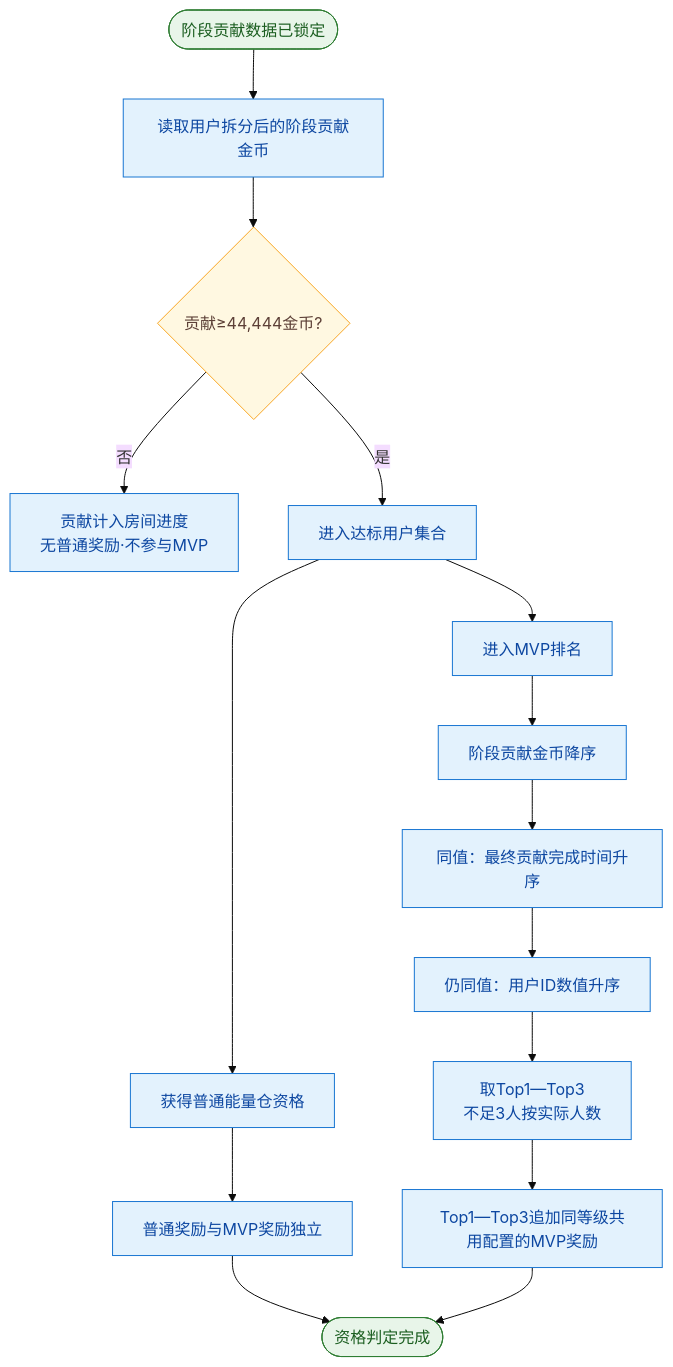
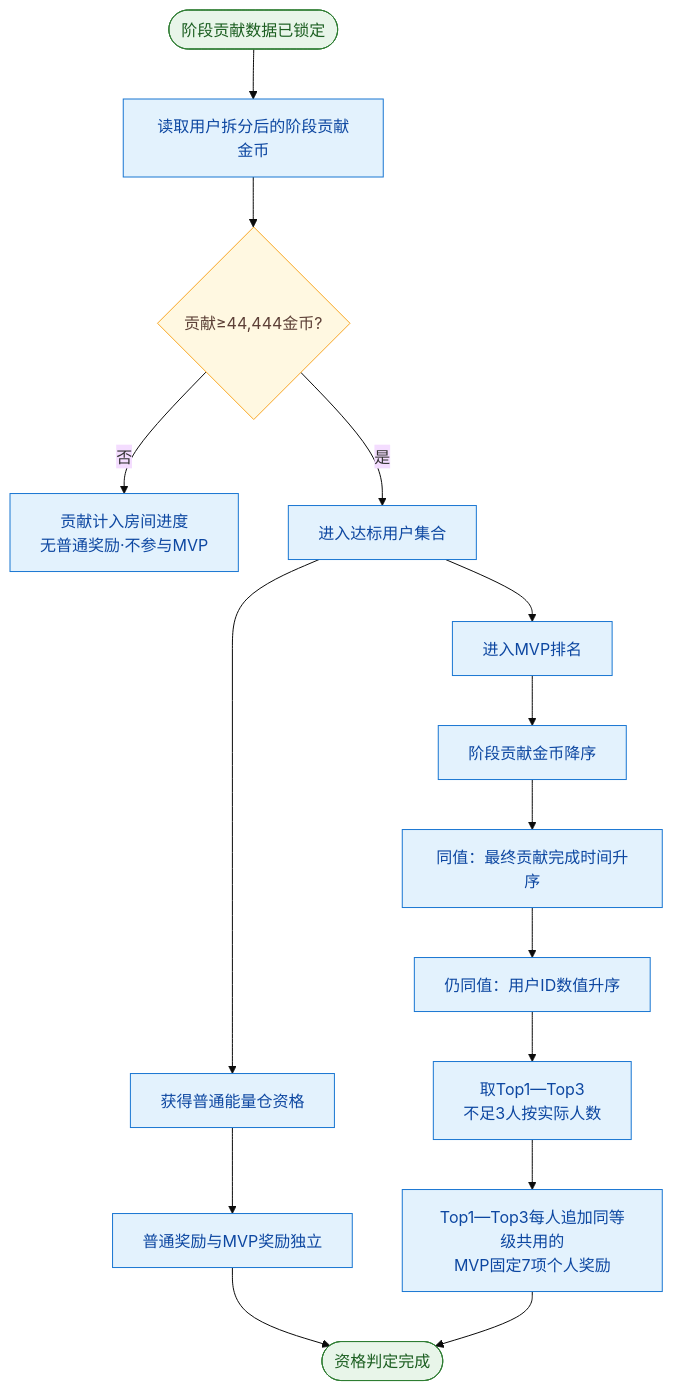
Before and after one commit to Chawucikela/TOP-KHALIJ: the second of 5 diagrams in 房间飞船挑战/星际飞船-能量仓奖励业务流程图.mmd, drawn with Mermaid (base theme). The commit also changed other lines of this file and 20 other files, not shown here.

````diff
--- a/房间飞船挑战/星际飞船-能量仓奖励业务流程图.mmd
+++ b/房间飞船挑战/星际飞船-能量仓奖励业务流程图.mmd
@@ -35,26 +35,26 @@
 ```mermaid
 flowchart TD
     A([阶段贡献数据已锁定]) --> B[读取用户拆分后的阶段贡献金币]
     B --> C{贡献≥44,444金币?}
     C -- 否 --> D[贡献计入房间进度<br/>无普通奖励·不参与MVP]
     C -- 是 --> E[进入达标用户集合]
 
     E --> F[获得普通能量仓资格]
     E --> G[进入MVP排名]
     G --> H[阶段贡献金币降序]
     H --> I[同值：最终贡献完成时间升序]
     I --> J[仍同值：用户ID数值升序]
     J --> K[取Top1—Top3<br/>不足3人按实际人数]
 
     F --> L[普通奖励与MVP奖励独立]
-    K --> M[Top1—Top3追加同等级共用配置的MVP奖励]
+    K --> M[Top1—Top3每人追加同等级共用的<br/>MVP固定7项个人奖励]
     L --> N([资格判定完成])
     M --> N
 
     classDef startEnd fill:#E8F5E9,stroke:#2E7D32,color:#1B5E20;
     classDef decision fill:#FFF8E1,stroke:#F9A825,color:#5D4037;
     classDef process fill:#E3F2FD,stroke:#1976D2,color:#0D47A1;
     class A,N startEnd;
     class C decision;
     class B,D,E,F,G,H,I,J,K,L,M process;
 ```
````
